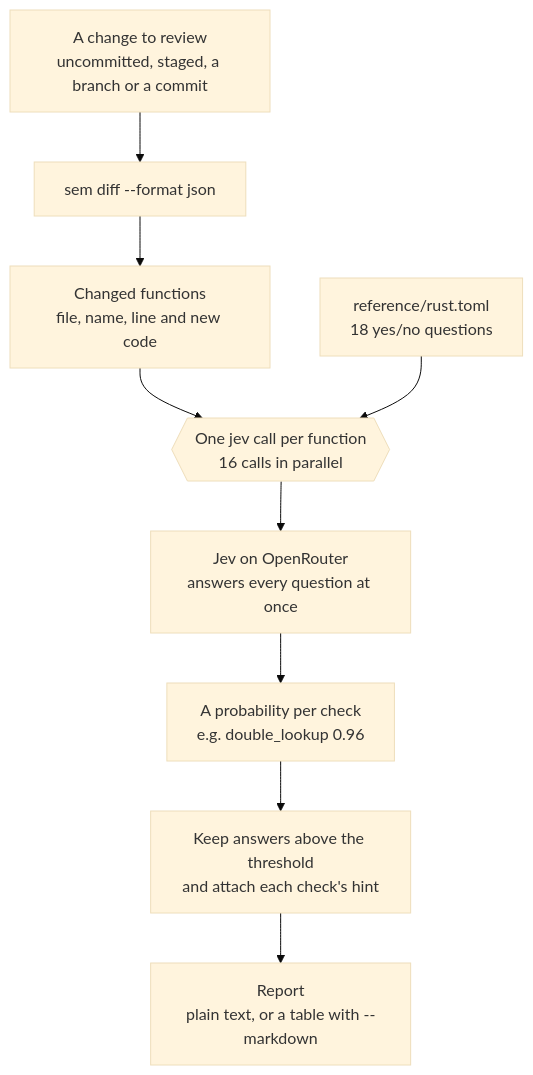
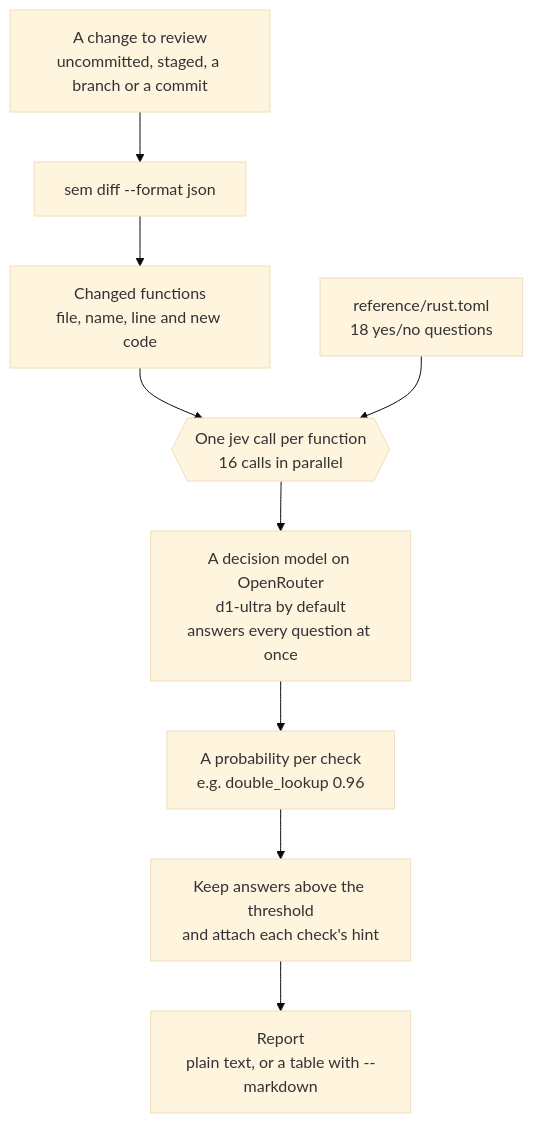
One commit to dsaad68/review-with-jev changed the diagram in README.md. Above: the diagram before and after it, drawn with Mermaid (base theme). The commit also changed other lines of this file and 6 other files, not shown here.

First line of the commit message:
Make ~liquid/d1-ultra-latest the default model

````diff
--- a/README.md
+++ b/README.md
@@ -30,11 +33,11 @@
 ```mermaid
 flowchart TD
     A["A change to review<br/>uncommitted, staged, a branch or a commit"] --> B["sem diff --format json"]
     B --> C["Changed functions<br/>file, name, line and new code"]
     C --> D{{"One jev call per function<br/>16 calls in parallel"}}
     Q["reference/rust.toml<br/>18 yes/no questions"] --> D
-    D --> E["Jev on OpenRouter<br/>answers every question at once"]
+    D --> E["A decision model on OpenRouter<br/>d1-ultra by default<br/>answers every question at once"]
     E --> F["A probability per check<br/>e.g. double_lookup 0.96"]
     F --> G["Keep answers above the threshold<br/>and attach each check's hint"]
     G --> H["Report<br/>plain text, or a table with --markdown"]
 ```
````
